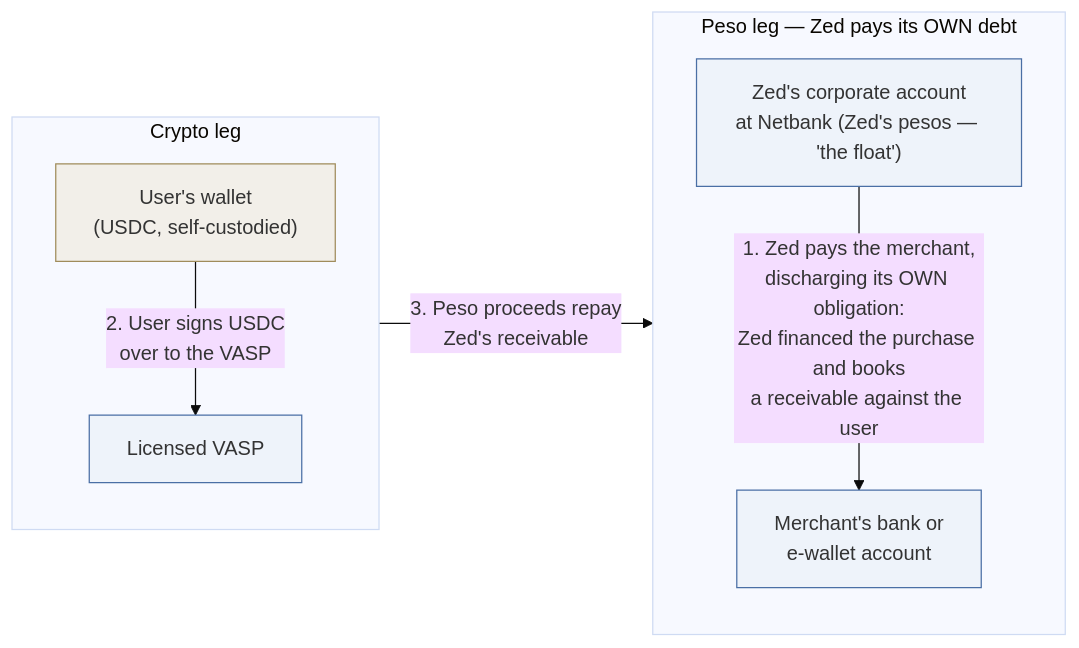
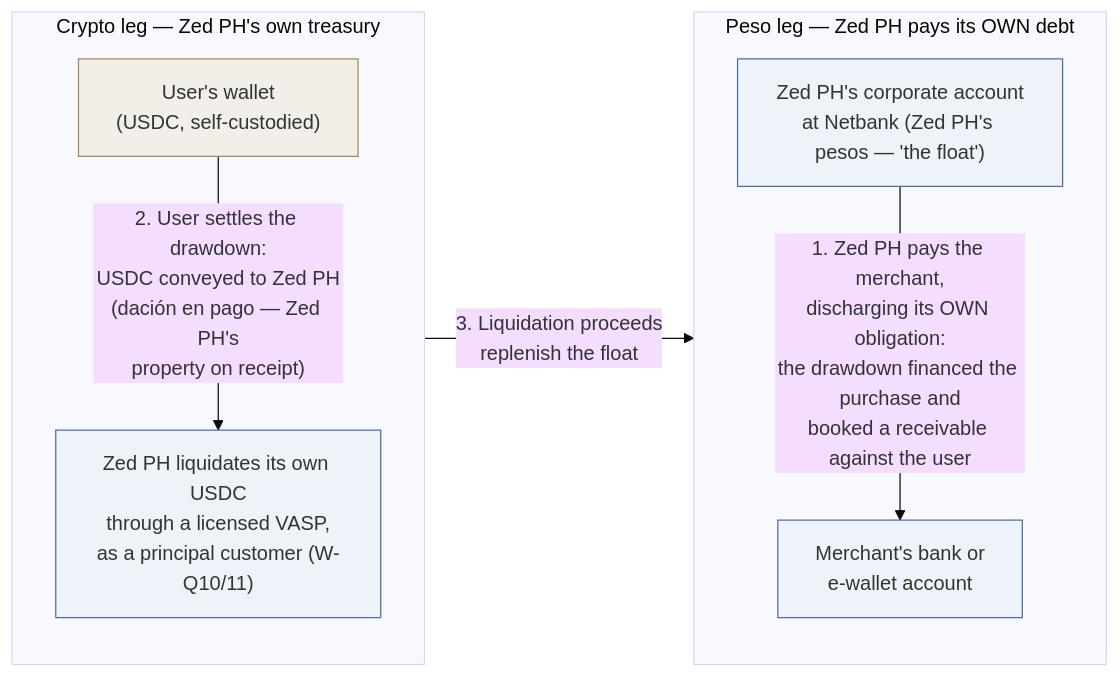
One commit to STAbraham/stablecoin-project changed the third of 4 diagrams in tracks/d-wallet-first/prd.md. Above: the diagram before and after it, drawn with Mermaid (base theme). The commit also changed other lines of this file and 3 other files, not shown here.

````diff
--- a/tracks/d-wallet-first/prd.md
+++ b/tracks/d-wallet-first/prd.md
@@ -185,16 +194,16 @@
 ```mermaid
 flowchart LR
-  subgraph CL ["Crypto leg"]
+  subgraph CL ["Crypto leg — Zed PH's own treasury"]
     direction TB
-    U["User's wallet<br/>(USDC, self-custodied)"] -->|"2. User signs USDC<br/>over to the VASP"| V["Licensed VASP"]
+    U["User's wallet<br/>(USDC, self-custodied)"] -->|"2. User settles the drawdown:<br/>USDC conveyed to Zed PH<br/>(dación en pago — Zed PH's<br/>property on receipt)"| V["Zed PH liquidates its own USDC<br/>through a licensed VASP,<br/>as a principal customer (W-Q10/11)"]
   end
-  subgraph PL ["Peso leg — Zed pays its OWN debt"]
+  subgraph PL ["Peso leg — Zed PH pays its OWN debt"]
     direction TB
-    Z["Zed's corporate account<br/>at Netbank (Zed's pesos — 'the float')"] -->|"1. Zed pays the merchant,<br/>discharging its OWN obligation:<br/>Zed financed the purchase and books<br/>a receivable against the user"| MB["Merchant's bank or<br/>e-wallet account"]
+    Z["Zed PH's corporate account<br/>at Netbank (Zed PH's pesos — 'the float')"] -->|"1. Zed PH pays the merchant,<br/>discharging its OWN obligation:<br/>the drawdown financed the purchase and<br/>booked a receivable against the user"| MB["Merchant's bank or<br/>e-wallet account"]
   end
-  CL -->|"3. Peso proceeds repay<br/>Zed's receivable"| PL
+  CL -->|"3. Liquidation proceeds<br/>replenish the float"| PL
   classDef user fill:#f2efe9,stroke:#a08c5b
   classDef bank fill:#eef3fa,stroke:#4a6fa5
   class U user
   class Z,MB,V bank
 ```
````
